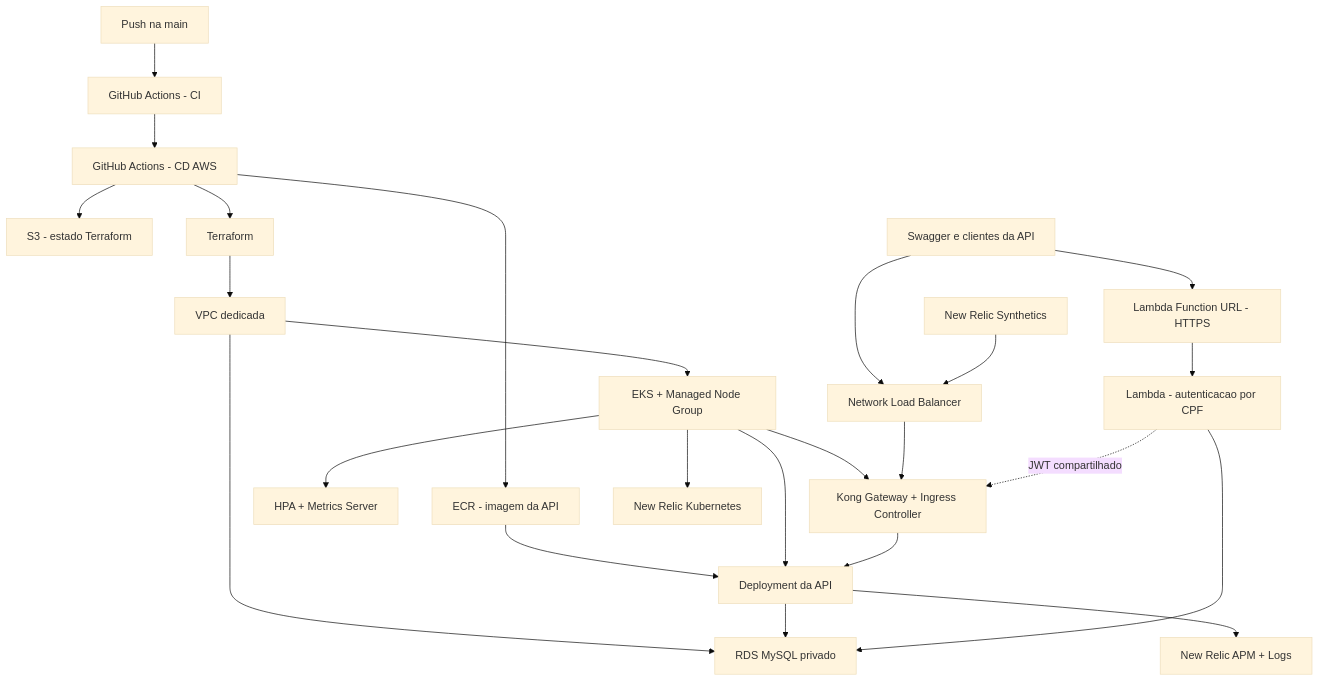
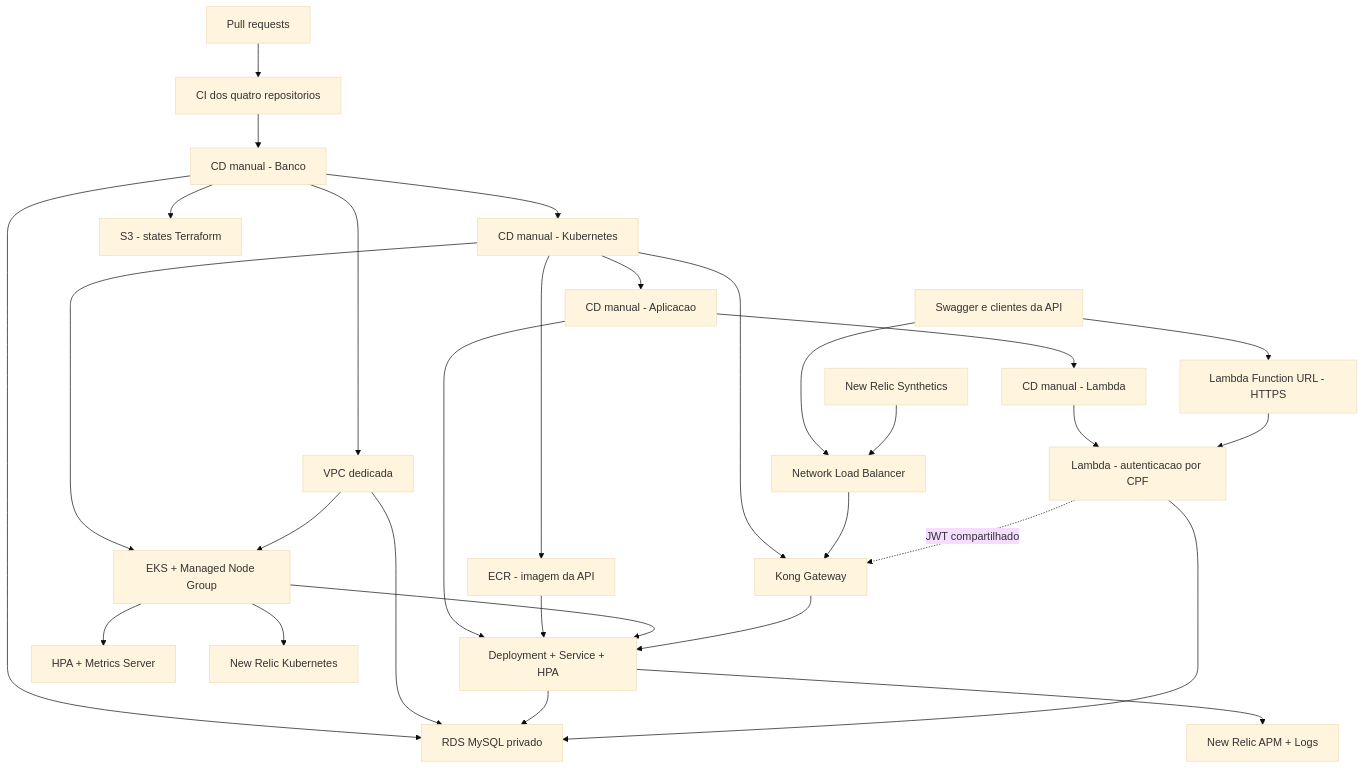
Before and after one commit to kaziwon/techchallengerm372882: the first of 3 diagrams in README.md, drawn with Mermaid (base theme). The commit also changed other lines of this file and 37 other files, not shown here.

````diff
--- a/README.md
+++ b/README.md
@@ -44,26 +50,32 @@
 ```mermaid
 flowchart TD
-    DEV["Push na main"] --> CI["GitHub Actions - CI"]
-    CI --> CD["GitHub Actions - CD AWS"]
-    CD --> S3["S3 - estado Terraform"]
-    CD --> ECR["ECR - imagem da API"]
-    CD --> TF["Terraform"]
-    TF --> VPC["VPC dedicada"]
-    VPC --> EKS["EKS + Managed Node Group"]
-    VPC --> RDS["RDS MySQL privado"]
-    ECR --> API["Deployment da API"]
+    DEV["Pull requests"] --> CI["CI dos quatro repositorios"]
+    CI --> DBPIPE["CD manual - Banco"]
+    DBPIPE --> K8SPIPE["CD manual - Kubernetes"]
+    K8SPIPE --> APPPIPE["CD manual - Aplicacao"]
+    APPPIPE --> LAMBDAPIPE["CD manual - Lambda"]
+    DBPIPE --> S3["S3 - states Terraform"]
+    DBPIPE --> VPC["VPC dedicada"]
+    DBPIPE --> RDS["RDS MySQL privado"]
+    K8SPIPE --> ECR["ECR - imagem da API"]
+    K8SPIPE --> EKS["EKS + Managed Node Group"]
+    K8SPIPE --> KONG["Kong Gateway"]
+    APPPIPE --> API["Deployment + Service + HPA"]
+    LAMBDAPIPE --> LAMBDA["Lambda - autenticacao por CPF"]
+    VPC --> EKS
+    VPC --> RDS
+    ECR --> API
     EKS --> API
     EKS --> HPA["HPA + Metrics Server"]
     API --> RDS
-    EKS --> KONG["Kong Gateway + Ingress Controller"]
     USER["Swagger e clientes da API"] --> LB["Network Load Balancer"]
     LB --> KONG
     KONG --> API
     USER --> LURL["Lambda Function URL - HTTPS"]
-    LURL --> LAMBDA["Lambda - autenticacao por CPF"]
+    LURL --> LAMBDA
     LAMBDA --> RDS
     LAMBDA -. "JWT compartilhado" .-> KONG
     EKS --> NRK8S["New Relic Kubernetes"]
     API --> NRAPM["New Relic APM + Logs"]
     NRSYN["New Relic Synthetics"] --> LB
 ```
````
